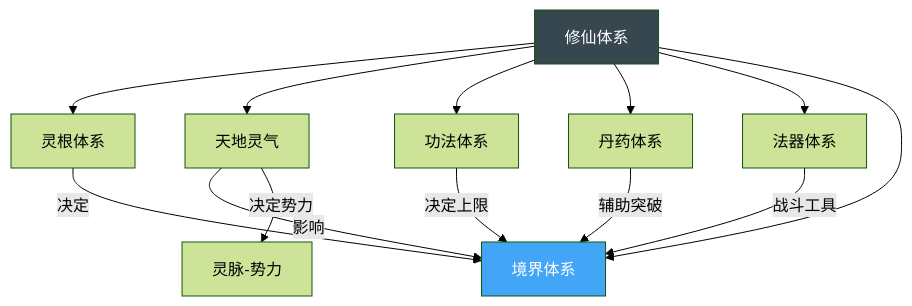
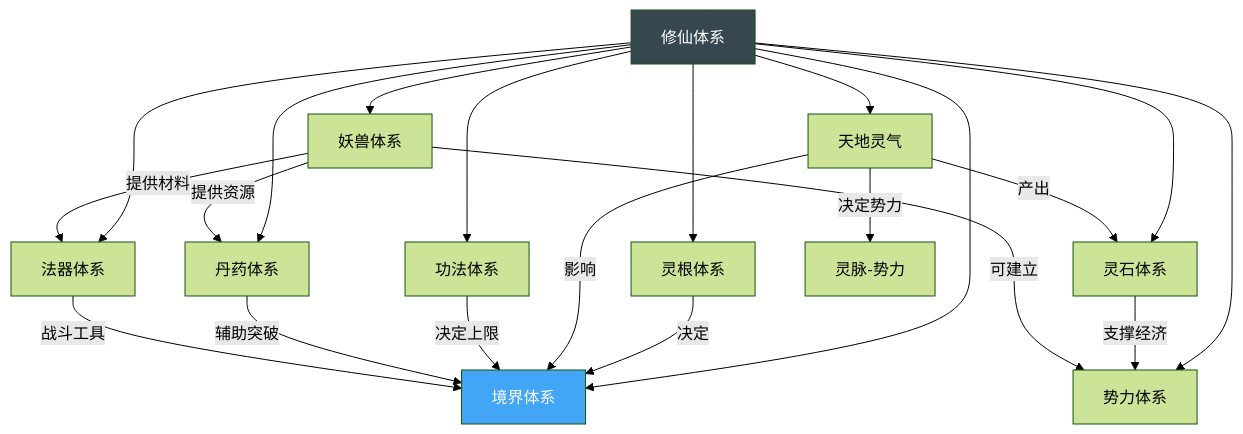
One commit to shushuzn/xiuxian-structure changed the fifth of 6 diagrams in docs/图谱.md. Above: the diagram before and after it, drawn with Mermaid (forest theme). The commit also changed 11 other files, not shown here.

````diff
--- a/docs/图谱.md
+++ b/docs/图谱.md
@@ -89,19 +89,27 @@
 ```mermaid
 flowchart TB
     ROOT[修仙体系] --> LG[灵根体系]
     ROOT --> YQ[天地灵气]
     ROOT --> GF[功法体系]
     ROOT --> DD[丹药体系]
     ROOT --> FQ[法器体系]
     ROOT --> JJ[境界体系]
+    ROOT --> YS[妖兽体系]
+    ROOT --> SL[势力体系]
+    ROOT --> LS[灵石体系]
 
     LG -->|决定| JJ
     YQ -->|影响| JJ
     YQ -->|决定势力| YQ2[灵脉-势力]
     GF -->|决定上限| JJ
     DD -->|辅助突破| JJ
     FQ -->|战斗工具| JJ
+    YQ -->|产出| LS
+    LS -->|支撑经济| SL
+    YS -->|可建立| SL
+    YS -->|提供资源| DD
+    YS -->|提供材料| FQ
 
     style ROOT fill:#37474f,color:#fff
     style JJ fill:#42a5f5,color:#fff
 ```
````
